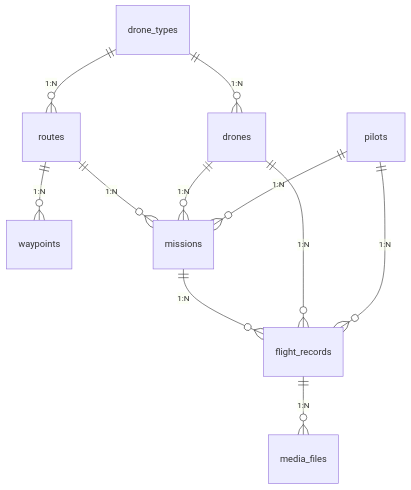
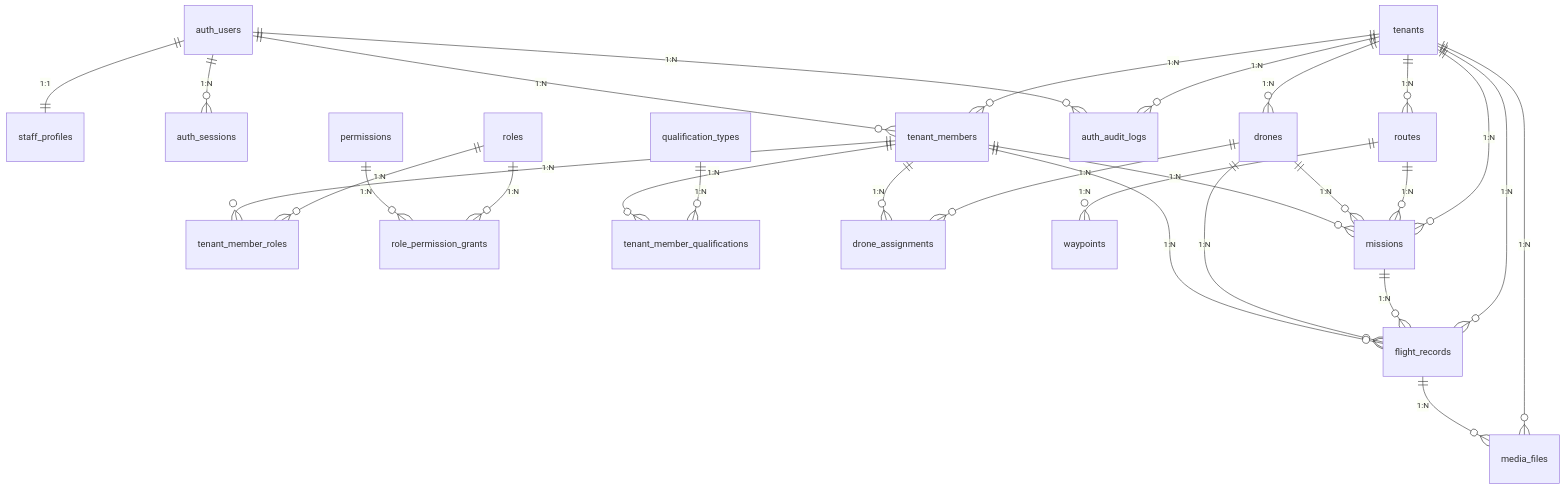
The diagram in 项目总体概览/逻辑设计/overall_logical_model.md (zyx-lab/dikong-tech-design), drawn with Mermaid before and after one commit. The commit also changed other lines of this file and 5 other files, not shown here.

First line of the commit message:
feat: Update overall database schema for low altitude platform

````diff
--- a/项目总体概览/逻辑设计/overall_logical_model.md
+++ b/项目总体概览/逻辑设计/overall_logical_model.md
@@ -169,13 +427,30 @@
 ```mermaid
 erDiagram
-    drone_types ||--o{ drones : "1:N"
-    drone_types ||--o{ routes : "1:N"
+    auth_users ||--|| staff_profiles : "1:1"
+    auth_users ||--o{ auth_sessions : "1:N"
+    tenants ||--o{ tenant_members : "1:N"
+    auth_users ||--o{ tenant_members : "1:N"
+    roles ||--o{ tenant_member_roles : "1:N"
+    tenant_members ||--o{ tenant_member_roles : "1:N"
+    roles ||--o{ role_permission_grants : "1:N"
+    permissions ||--o{ role_permission_grants : "1:N"
+    qualification_types ||--o{ tenant_member_qualifications : "1:N"
+    tenant_members ||--o{ tenant_member_qualifications : "1:N"
+    tenants ||--o{ auth_audit_logs : "1:N"
+    auth_users ||--o{ auth_audit_logs : "1:N"
+    tenants ||--o{ drones : "1:N"
+    drones ||--o{ drone_assignments : "1:N"
+    tenant_members ||--o{ drone_assignments : "1:N"
+    tenants ||--o{ routes : "1:N"
     routes ||--o{ waypoints : "1:N"
+    tenants ||--o{ missions : "1:N"
     routes ||--o{ missions : "1:N"
     drones ||--o{ missions : "1:N"
-    pilots ||--o{ missions : "1:N"
+    tenant_members ||--o{ missions : "1:N"
+    tenants ||--o{ flight_records : "1:N"
     missions ||--o{ flight_records : "1:N"
     drones ||--o{ flight_records : "1:N"
-    pilots ||--o{ flight_records : "1:N"
+    tenant_members ||--o{ flight_records : "1:N"
+    tenants ||--o{ media_files : "1:N"
     flight_records ||--o{ media_files : "1:N"
 ```
````
